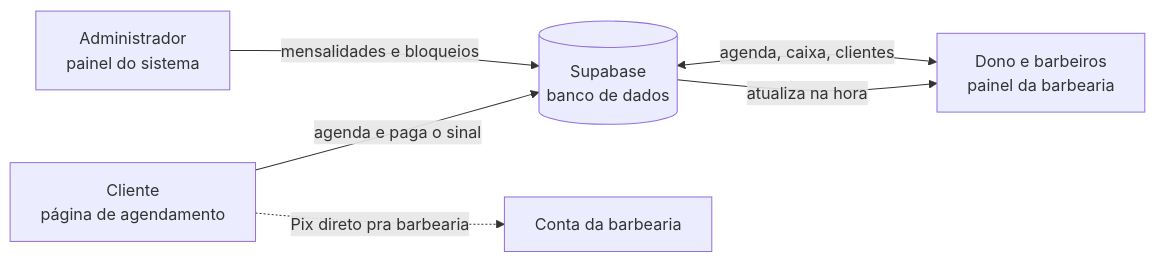
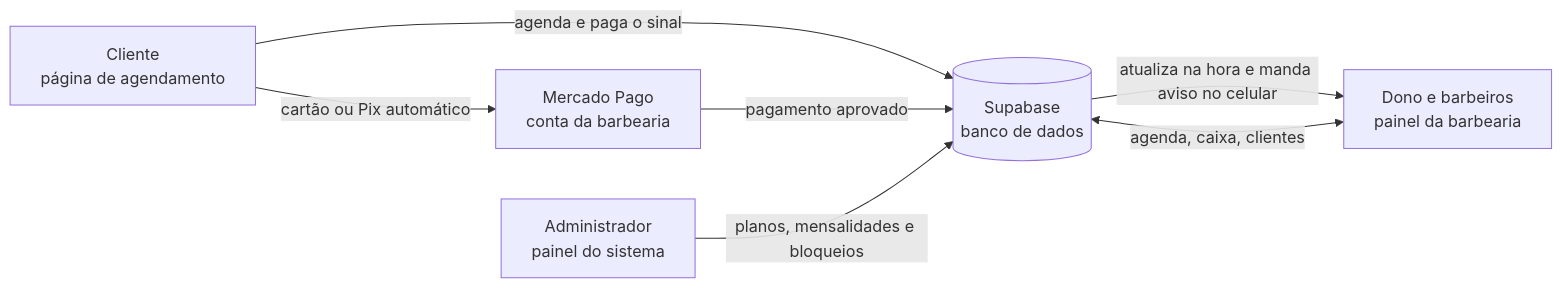
Before and after one commit to SalesDevFull/JS-Barber-APP: the diagram in README.md, drawn with Mermaid. The commit also changed other lines of this file and 14 other files, not shown here.

````diff
--- a/README.md
+++ b/README.md
@@ -169,8 +190,9 @@
 ```mermaid
 flowchart LR
     C["Cliente<br>página de agendamento"] -->|agenda e paga o sinal| S[("Supabase<br>banco de dados")]
+    C -->|cartão ou Pix automático| M["Mercado Pago<br>conta da barbearia"]
+    M -->|pagamento aprovado| S
     D["Dono e barbeiros<br>painel da barbearia"] <-->|agenda, caixa, clientes| S
-    A["Administrador<br>painel do sistema"] -->|mensalidades e bloqueios| S
-    S -->|atualiza na hora| D
-    C -.->|Pix direto pra barbearia| B["Conta da barbearia"]
+    A["Administrador<br>painel do sistema"] -->|planos, mensalidades e bloqueios| S
+    S -->|atualiza na hora e manda aviso no celular| D
 ```
````
